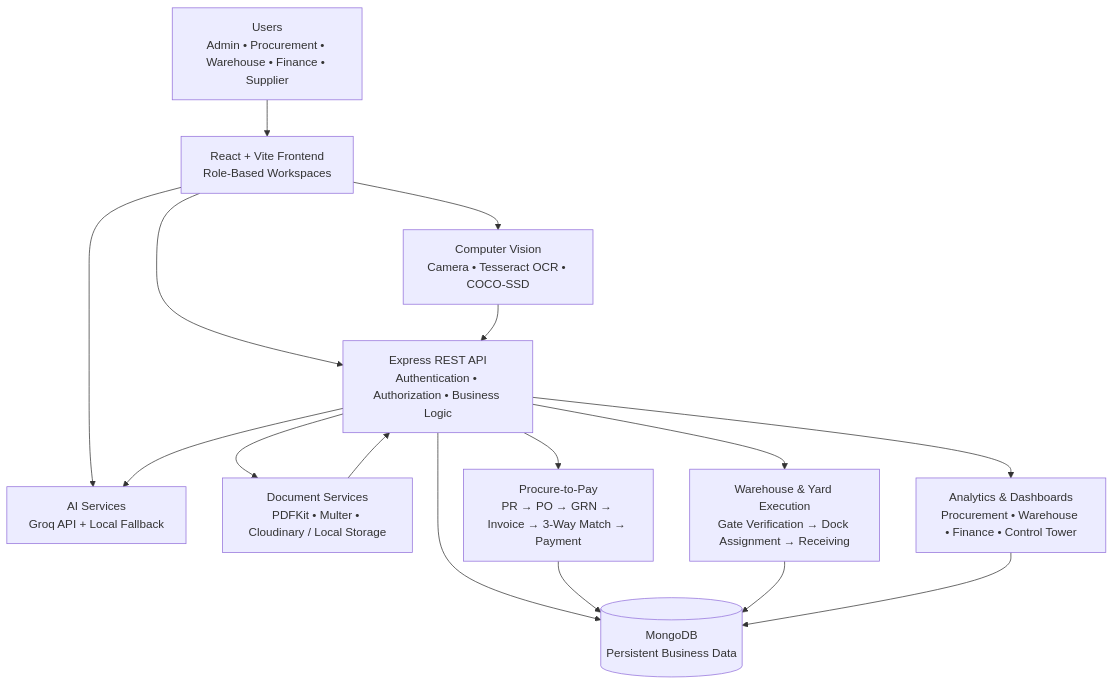
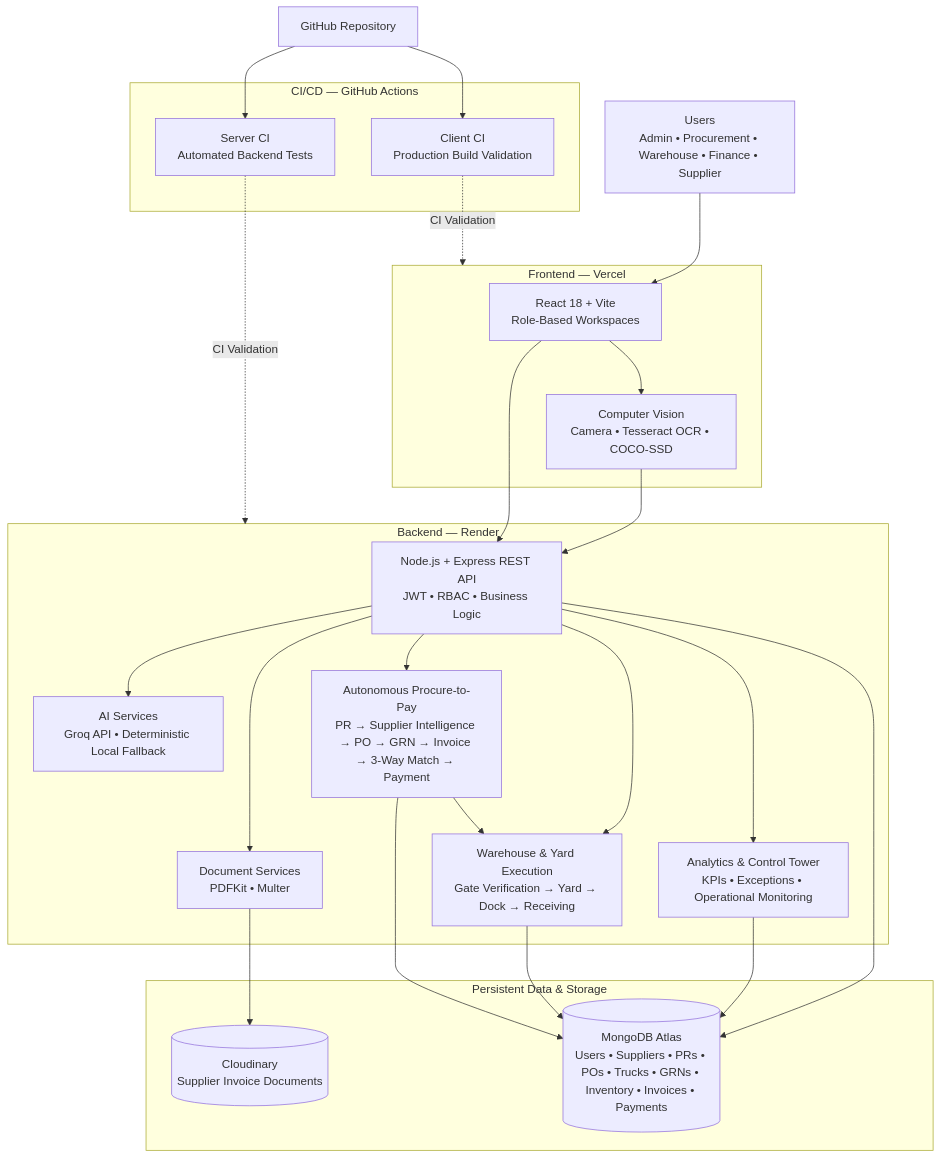
One commit to Akash504-ai/CogniYard changed the diagram in README.md. Above: the diagram before and after it, drawn with Mermaid. The commit also changed other lines of this file, not shown here.

First line of the commit message:
Revise README with updated architecture and tech stack

````diff
--- a/README.md
+++ b/README.md
@@ -30,42 +30,64 @@
 ```mermaid
 flowchart TB
+
     U[Users<br/>Admin • Procurement • Warehouse • Finance • Supplier]
 
-    FE[React + Vite Frontend<br/>Role-Based Workspaces]
+    subgraph VERCEL["Frontend — Vercel"]
+        FE[React 18 + Vite<br/>Role-Based Workspaces]
+        CV[Computer Vision<br/>Camera • Tesseract OCR • COCO-SSD]
+    end
 
-    API[Express REST API<br/>Authentication • Authorization • Business Logic]
+    subgraph RENDER["Backend — Render"]
+        API[Node.js + Express REST API<br/>JWT • RBAC • Business Logic]
 
-    DB[(MongoDB<br/>Persistent Business Data)]
+        AI[AI Services<br/>Groq API • Deterministic Local Fallback]
 
-    AI[AI Services<br/>Groq API + Local Fallback]
+        DOC[Document Services<br/>PDFKit • Multer]
 
-    CV[Computer Vision<br/>Camera • Tesseract OCR • COCO-SSD]
+        P2P[Autonomous Procure-to-Pay<br/>PR → Supplier Intelligence → PO → GRN → Invoice → 3-Way Match → Payment]
 
-    DOC[Document Services<br/>PDFKit • Multer • Cloudinary / Local Storage]
+        YARD[Warehouse & Yard Execution<br/>Gate Verification → Yard → Dock → Receiving]
 
-    P2P[Procure-to-Pay<br/>PR → PO → GRN → Invoice → 3-Way Match → Payment]
+        DASH[Analytics & Control Tower<br/>KPIs • Exceptions • Operational Monitoring]
+    end
 
-    YARD[Warehouse & Yard Execution<br/>Gate Verification → Dock Assignment → Receiving]
+    subgraph DATA["Persistent Data & Storage"]
+        DB[(MongoDB Atlas<br/>Users • Suppliers • PRs • POs • Trucks • GRNs • Inventory • Invoices • Payments)]
 
-    DASH[Analytics & Dashboards<br/>Procurement • Warehouse • Finance • Control Tower]
+        CLOUD[(Cloudinary<br/>Supplier Invoice Documents)]
+    end
+
+    subgraph CICD["CI/CD — GitHub Actions"]
+        CI1[Server CI<br/>Automated Backend Tests]
+        CI2[Client CI<br/>Production Build Validation]
+    end
+
+    GH[GitHub Repository]
 
     U --> FE
 
     FE --> API
     FE --> CV
-    FE --> AI
 
-    API --> DB
     API --> AI
     API --> DOC
     API --> P2P
     API --> YARD
     API --> DASH
+    API --> DB
 
     CV --> API
-    DOC --> API
+    DOC --> CLOUD
 
     P2P --> DB
     YARD --> DB
     DASH --> DB
+
+    P2P --> YARD
+
+    GH --> CI1
+    GH --> CI2
+
+    CI1 -. CI Validation .-> RENDER
+    CI2 -. CI Validation .-> VERCEL
 ```
````
